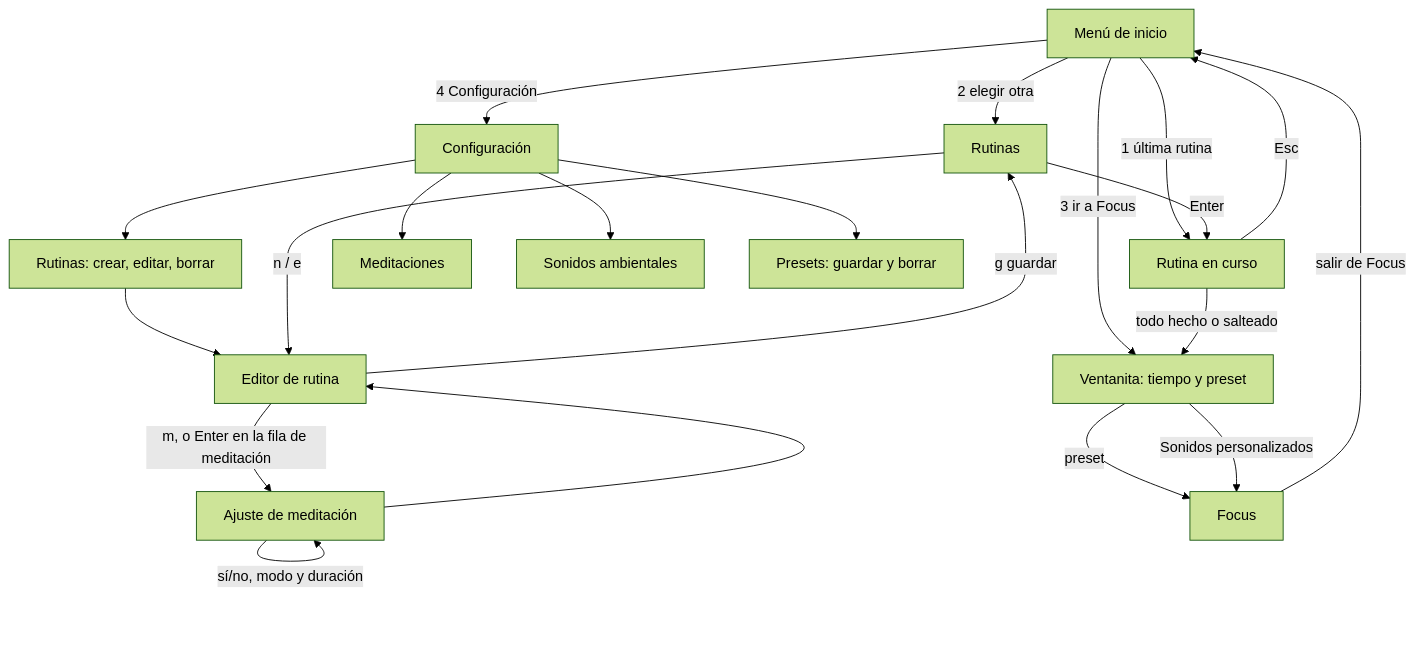
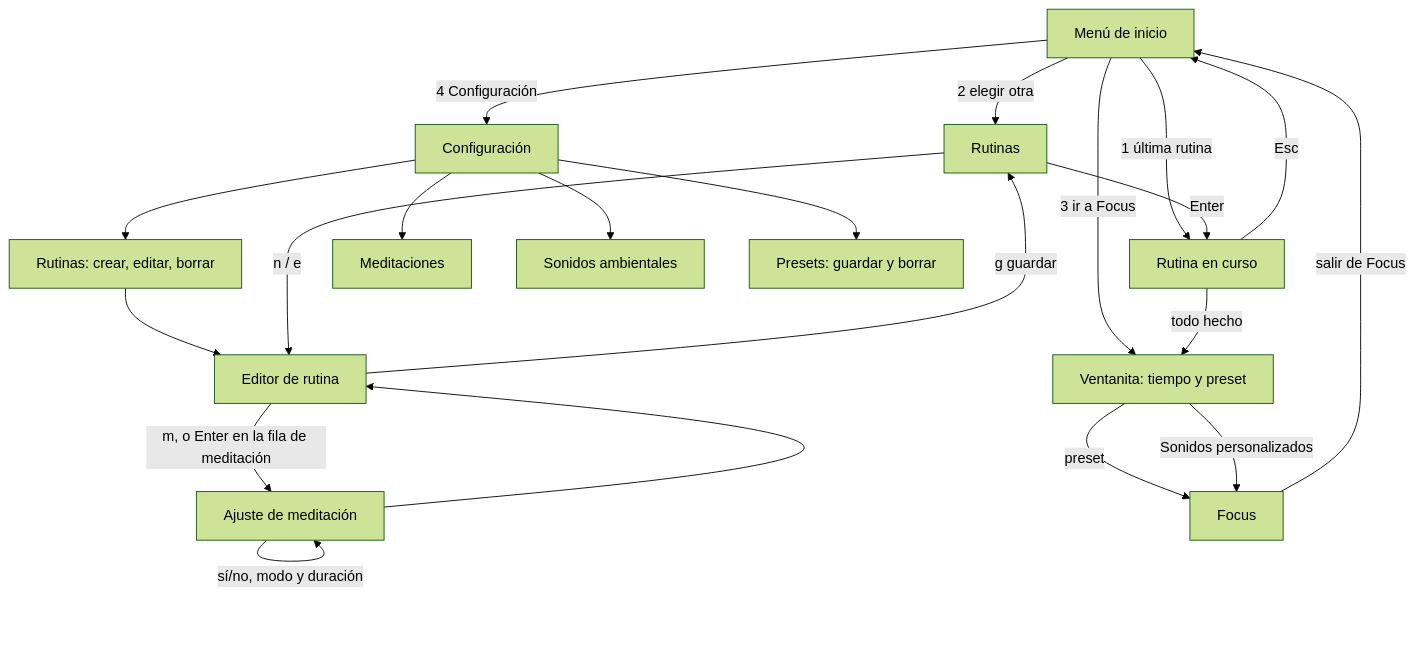
Before and after one commit to fabrifont/focus-ambience: the diagram in docs/diseno/v2-estructura-y-rutina.md, drawn with Mermaid (forest theme). The commit also changed other lines of this file and 5 other files, not shown here.

````diff
--- a/docs/diseno/v2-estructura-y-rutina.md
+++ b/docs/diseno/v2-estructura-y-rutina.md
@@ -48,23 +47,23 @@
 ```mermaid
 flowchart TD
   M[Menú de inicio] -->|1 última rutina| R[Rutina en curso]
   M -->|2 elegir otra| L[Rutinas]
   M -->|3 ir a Focus| V[Ventanita: tiempo y preset]
   M -->|4 Configuración| C[Configuración]
   C --> L2[Rutinas: crear, editar, borrar]
   C --> MD[Meditaciones]
   C --> SA[Sonidos ambientales]
   C --> PR[Presets: guardar y borrar]
   L2 --> E
   L -->|Enter| R
   L -->|n / e| E[Editor de rutina]
   E -->|m, o Enter en la fila de meditación| P[Ajuste de meditación]
   P -->|sí/no, modo y duración| P
   P --> E
   E -->|g guardar| L
-  R -->|todo hecho o salteado| V
+  R -->|todo hecho| V
   R -->|Esc| M
   V -->|preset| F[Focus]
   V -->|Sonidos personalizados| F
   F -->|salir de Focus| M
 ```
````
